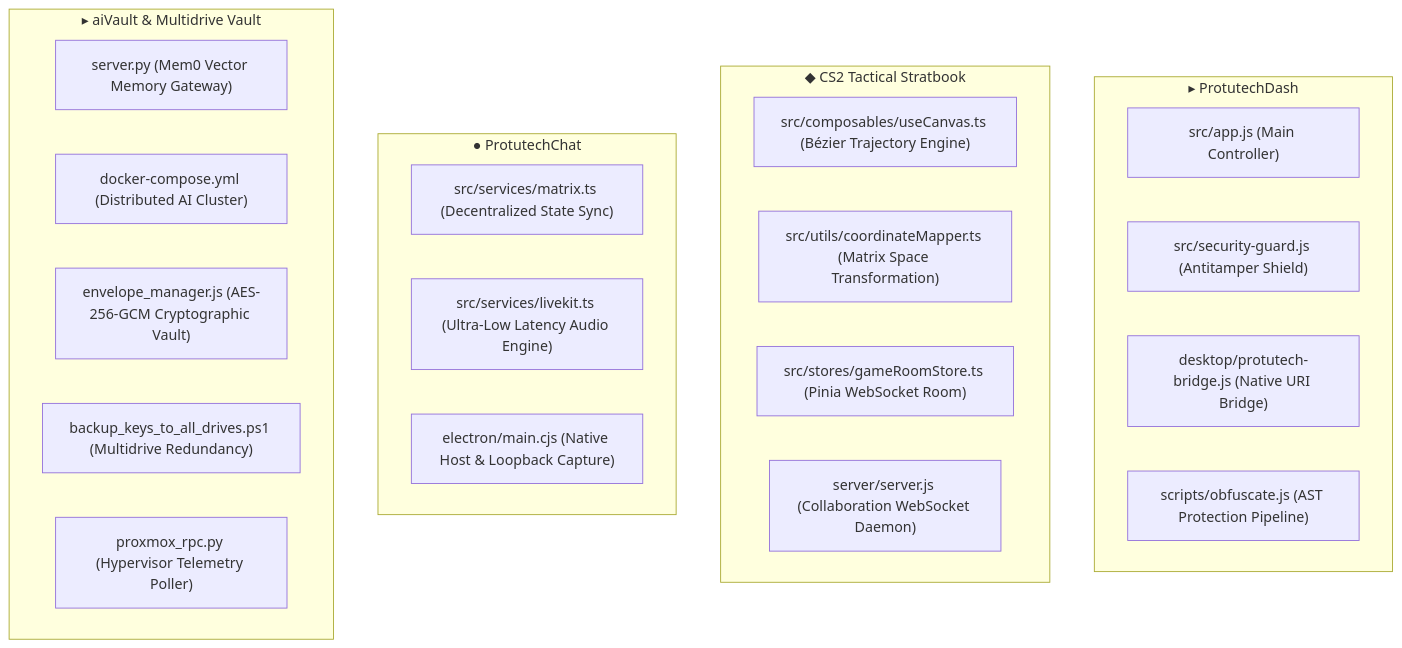
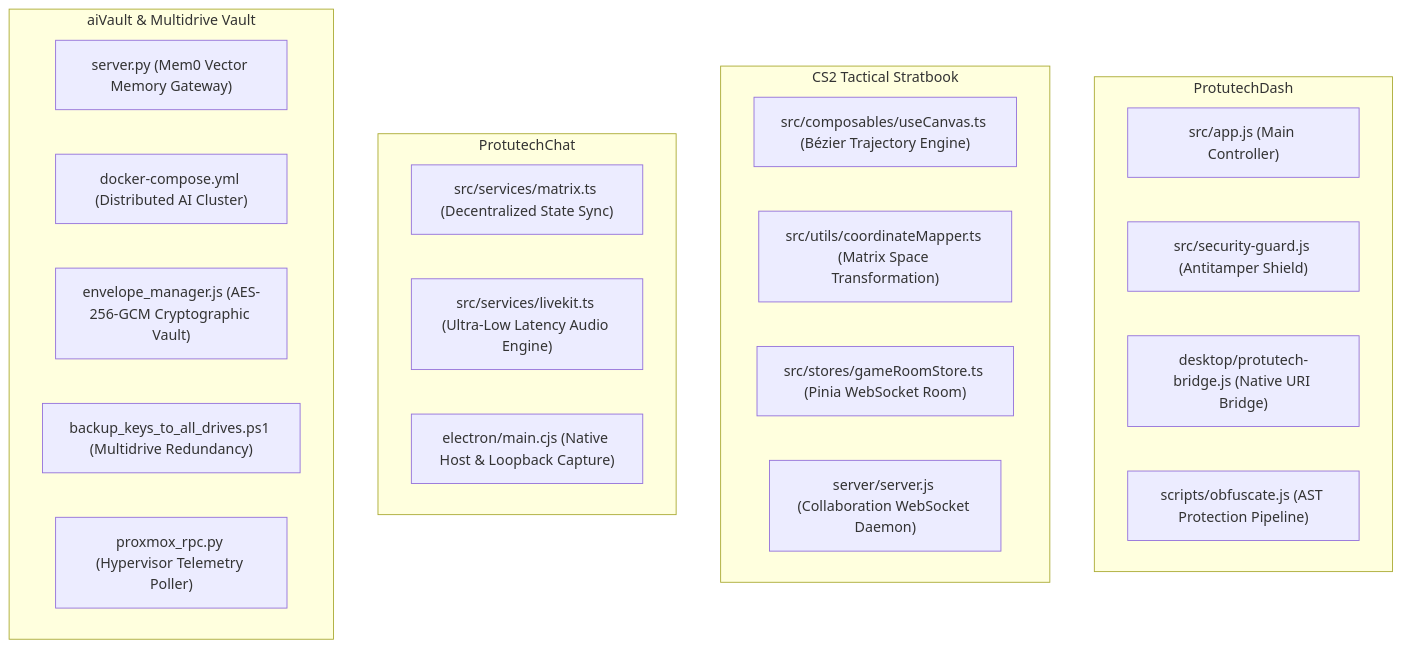
Before and after one commit to IAndrexI/documentation: the diagram in docs/code/index.md, drawn with Mermaid. The commit also changed other lines of this file and 39 other files, not shown here.

````diff
--- a/docs/code/index.md
+++ b/docs/code/index.md
@@ -7,30 +7,30 @@
 ```mermaid
 graph TD
-    subgraph SuiteLauncher["▸ ProtutechDash"]
+    subgraph SuiteLauncher["ProtutechDash"]
         D1["src/app.js (Main Controller)"]
         D2["src/security-guard.js (Antitamper Shield)"]
         D3["desktop/protutech-bridge.js (Native URI Bridge)"]
         D4["scripts/obfuscate.js (AST Protection Pipeline)"]
     end
 
-    subgraph TacticalRadar["◆ CS2 Tactical Stratbook"]
+    subgraph TacticalRadar["CS2 Tactical Stratbook"]
         C1["src/composables/useCanvas.ts (Bézier Trajectory Engine)"]
         C2["src/utils/coordinateMapper.ts (Matrix Space Transformation)"]
         C3["src/stores/gameRoomStore.ts (Pinia WebSocket Room)"]
         C4["server/server.js (Collaboration WebSocket Daemon)"]
     end
 
-    subgraph SecureChat["● ProtutechChat"]
+    subgraph SecureChat["ProtutechChat"]
         M1["src/services/matrix.ts (Decentralized State Sync)"]
         M2["src/services/livekit.ts (Ultra-Low Latency Audio Engine)"]
         M3["electron/main.cjs (Native Host & Loopback Capture)"]
     end
 
-    subgraph AIAndSecurity["▸ aiVault & Multidrive Vault"]
+    subgraph AIAndSecurity["aiVault & Multidrive Vault"]
         A1["server.py (Mem0 Vector Memory Gateway)"]
         A2["docker-compose.yml (Distributed AI Cluster)"]
         S1["envelope_manager.js (AES-256-GCM Cryptographic Vault)"]
         S2["backup_keys_to_all_drives.ps1 (Multidrive Redundancy)"]
         P1["proxmox_rpc.py (Hypervisor Telemetry Poller)"]
     end
 ```
````
